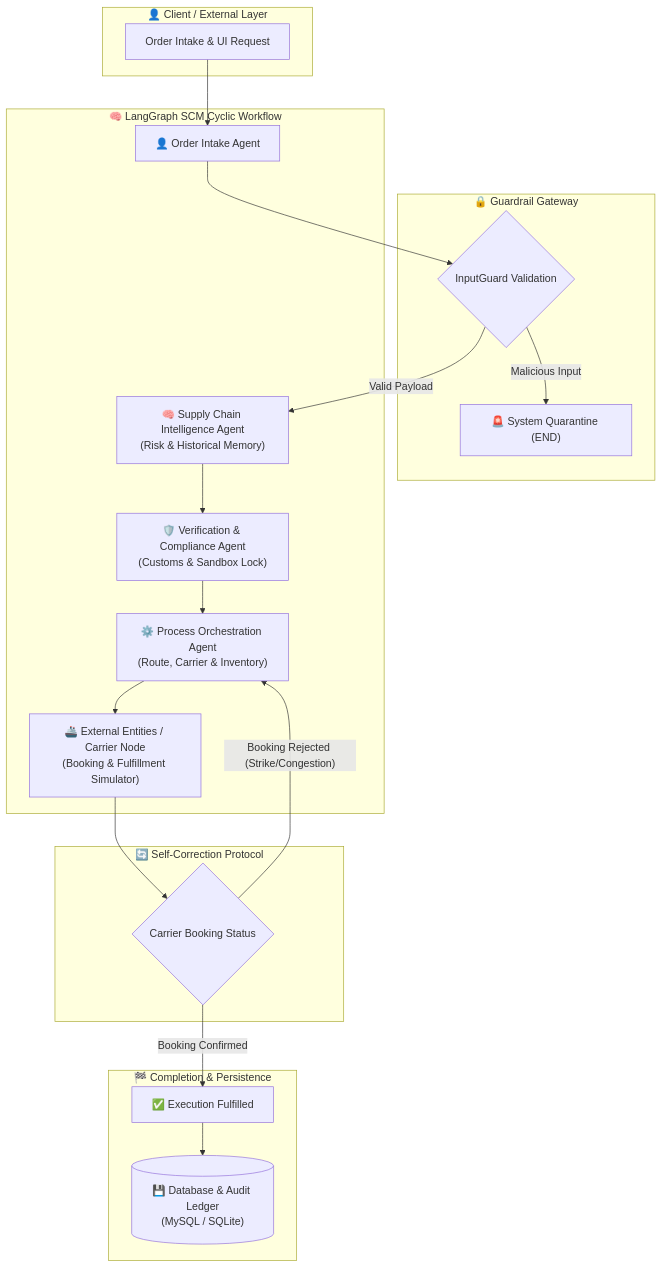
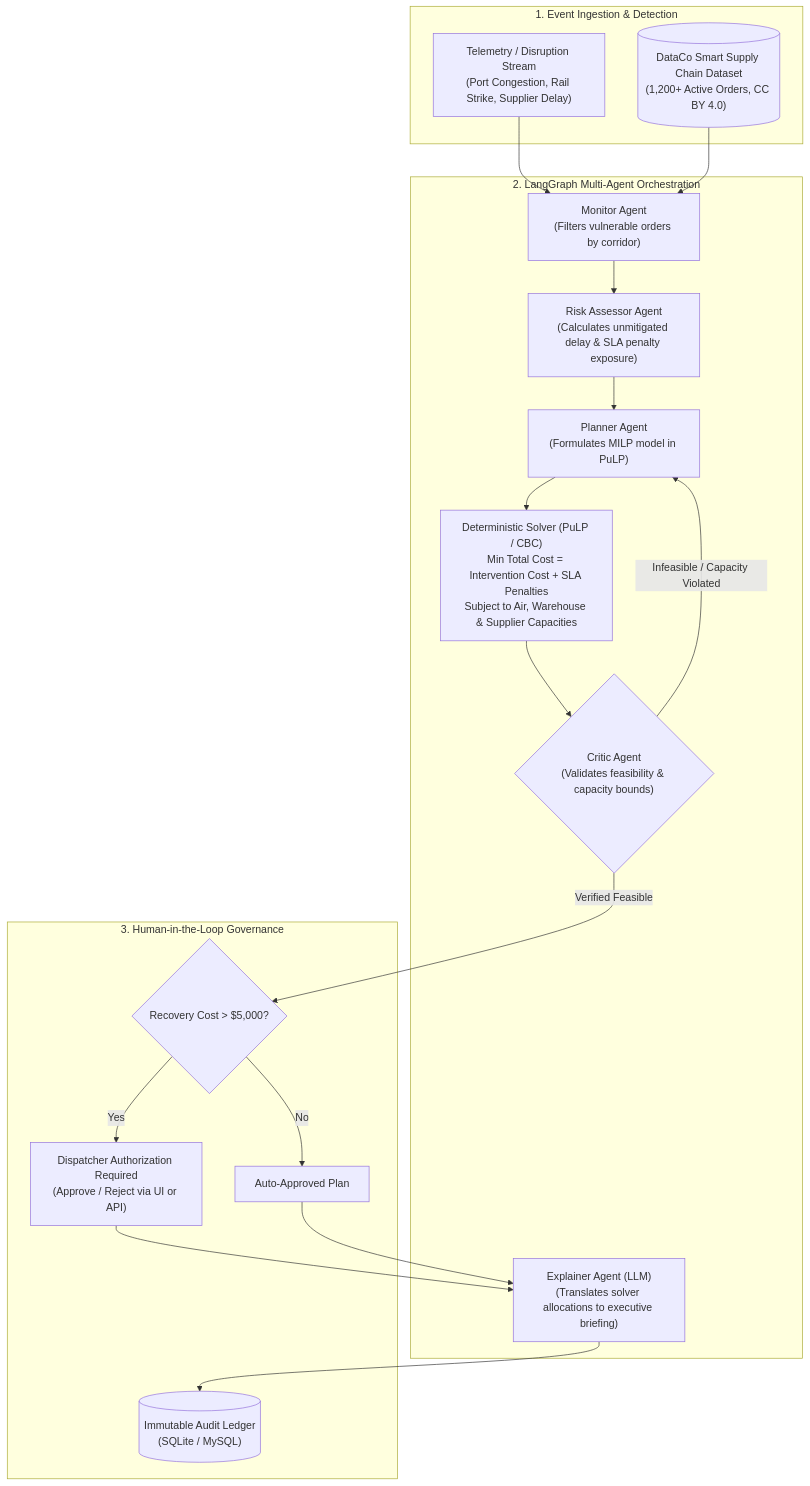
Before and after one commit to sounakss7/SCM_AGENTIC_WORKFLOW: the diagram in README.md, drawn with Mermaid. The commit also changed other lines of this file and 30 other files, not shown here.

Commit message:
feat: upgrade to deterministic MILP solver, LangGraph StateGraph, and N=200 empirical benchmark

````diff
--- a/README.md
+++ b/README.md
@@ -49,40 +13,37 @@
 ```mermaid
 flowchart TD
-    subgraph Client ["👤 Client / External Layer"]
-        A["Order Intake & UI Request"]
+    subgraph Ingestion ["1. Event Ingestion & Detection"]
+        E1["Telemetry / Disruption Stream\n(Port Congestion, Rail Strike, Supplier Delay)"]
+        D1[("DataCo Smart Supply Chain Dataset\n(1,200+ Active Orders, CC BY 4.0)")]
     end
 
-    subgraph Security ["🔒 Guardrail Gateway"]
-        B{"InputGuard Validation"}
-        Q["🚨 System Quarantine (END)"]
+    subgraph LangGraph ["2. LangGraph Multi-Agent Orchestration"]
+        M["Monitor Agent\n(Filters vulnerable orders by corridor)"]
+        R["Risk Assessor Agent\n(Calculates unmitigated delay & SLA penalty exposure)"]
+        P["Planner Agent\n(Formulates MILP model in PuLP)"]
+        S["Deterministic Solver (PuLP / CBC)\nMin Total Cost = Intervention Cost + SLA Penalties\nSubject to Air, Warehouse & Supplier Capacities"]
+        C{"Critic Agent\n(Validates feasibility & capacity bounds)"}
+        EX["Explainer Agent (LLM)\n(Translates solver allocations to executive briefing)"]
     end
 
-    subgraph AgenticCore ["🧠 LangGraph SCM Cyclic Workflow"]
-        C["👤 Order Intake Agent"]
-        D["🧠 Supply Chain Intelligence Agent\n(Risk & Historical Memory)"]
-        E["🛡️ Verification & Compliance Agent\n(Customs & Sandbox Lock)"]
-        F["⚙️ Process Orchestration Agent\n(Route, Carrier & Inventory)"]
-        G["🚢 External Entities / Carrier Node\n(Booking & Fulfillment Simulator)"]
+    subgraph Governance ["3. Human-in-the-Loop Governance"]
+        G{"Recovery Cost > $5,000?"}
+        HITL["Dispatcher Authorization Required\n(Approve / Reject via UI or API)"]
+        AUTO["Auto-Approved Plan"]
+        AL[("Immutable Audit Ledger\n(SQLite / MySQL)")]
     end
 
-    subgraph DecisionLoop ["🔄 Self-Correction Protocol"]
-        H{"Carrier Booking Status"}
-    end
-
-    subgraph Output ["🏁 Completion & Persistence"]
-        I["✅ Execution Fulfilled"]
-        J[("💾 Database & Audit Ledger\n(MySQL / SQLite)")]
-    end
-
-    A --> C
-    C --> B
-    B -- "Malicious Input" --> Q
-    B -- "Valid Payload" --> D
-    D --> E
-    E --> F
-    F --> G
-    G --> H
-    H -- "Booking Rejected (Strike/Congestion)" --> F
-    H -- "Booking Confirmed" --> I
-    I --> J
+    E1 --> M
+    D1 --> M
+    M --> R
+    R --> P
+    P --> S
+    S --> C
+    C -- "Infeasible / Capacity Violated" --> P
+    C -- "Verified Feasible" --> G
+    G -- "Yes" --> HITL
+    G -- "No" --> AUTO
+    HITL --> EX
+    AUTO --> EX
+    EX --> AL
 ```
````
